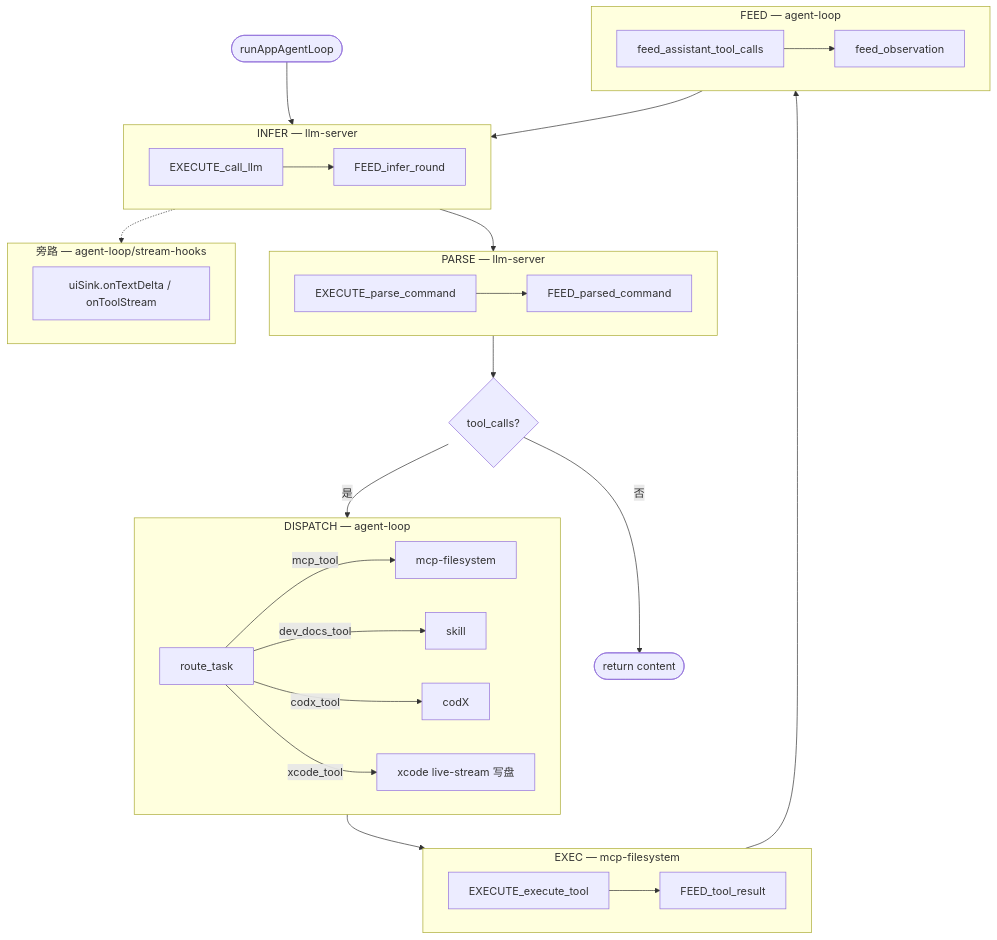
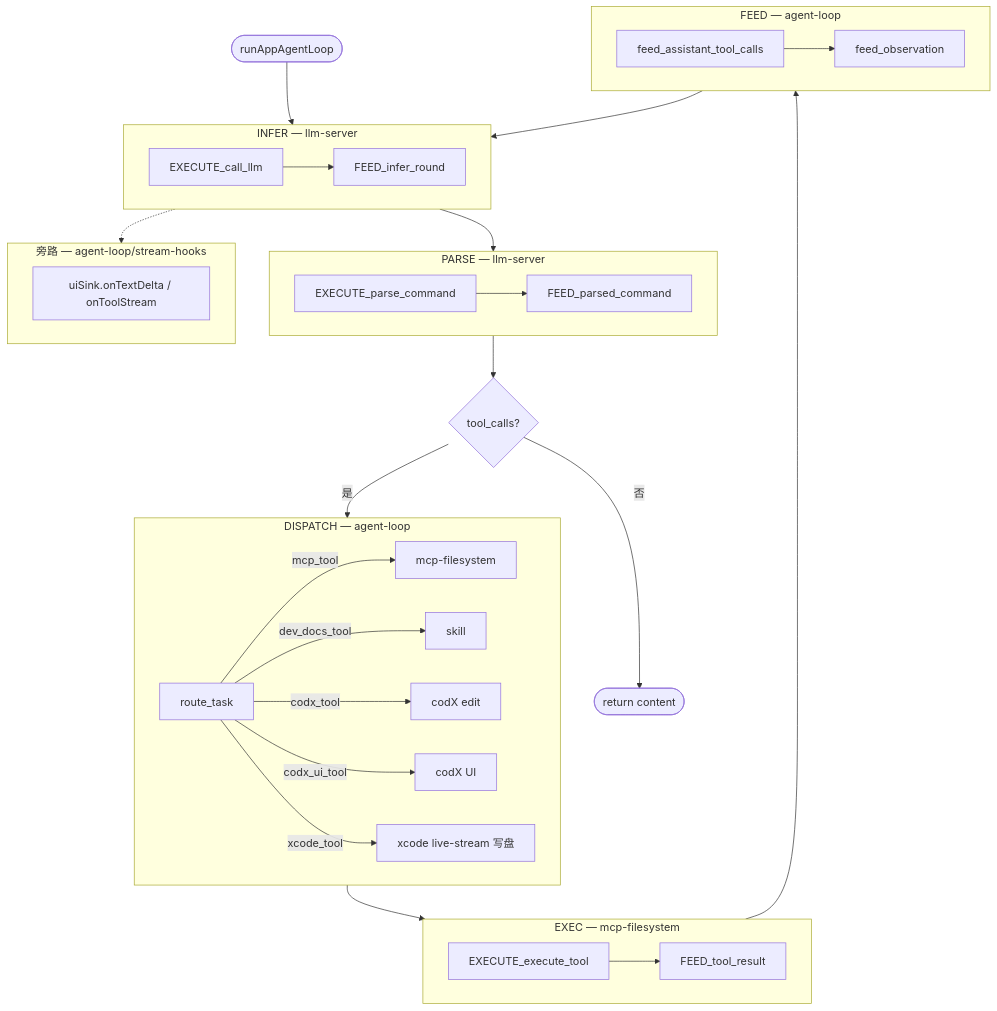
The eighth of 9 diagrams in README.md (SCSHICHUAN/Pecado), drawn with Mermaid before and after one commit. The commit also changed other lines of this file, not shown here.

````diff
--- a/README.md
+++ b/README.md
@@ -748,55 +763,56 @@
 ```mermaid
 flowchart TB
   START([runAppAgentLoop]) --> INFER
 
   subgraph INFER [INFER — llm-server]
     E1[EXECUTE_call_llm]
     F1[FEED_infer_round]
     E1 --> F1
   end
 
   INFER --> PARSE
 
   subgraph PARSE [PARSE — llm-server]
     E2[EXECUTE_parse_command]
     F2[FEED_parsed_command]
     E2 --> F2
   end
 
   PARSE --> DEC{tool_calls?}
   DEC -->|否| DONE([return content])
   DEC -->|是| DISPATCH
 
   subgraph DISPATCH [DISPATCH — agent-loop]
     RT[route_task]
     RT -->|mcp_tool| MOD[mcp-filesystem]
     RT -->|dev_docs_tool| SK[skill]
-    RT -->|codx_tool| CX[codX]
+    RT -->|codx_tool| CX[codX edit]
+    RT -->|codx_ui_tool| CXU[codX UI]
     RT -->|xcode_tool| XC[xcode]
   end
 
   DISPATCH --> EXEC
 
   subgraph EXEC [EXEC — mcp-filesystem]
     E3[EXECUTE_execute_tool]
     F3[FEED_tool_result]
     E3 --> F3
   end
 
   EXEC --> FEED
 
   subgraph FEED [FEED — agent-loop]
     FA[feed_assistant_tool_calls]
     FO[feed_observation]
     FA --> FO
   end
 
   FEED --> INFER
 
   subgraph SIDE [旁路 — agent-loop/stream-hooks]
     UI[uiSink.onTextDelta / onToolStream]
     XC[xcode live-stream 写盘]
   end
 
   INFER -.-> SIDE
 ```
````
